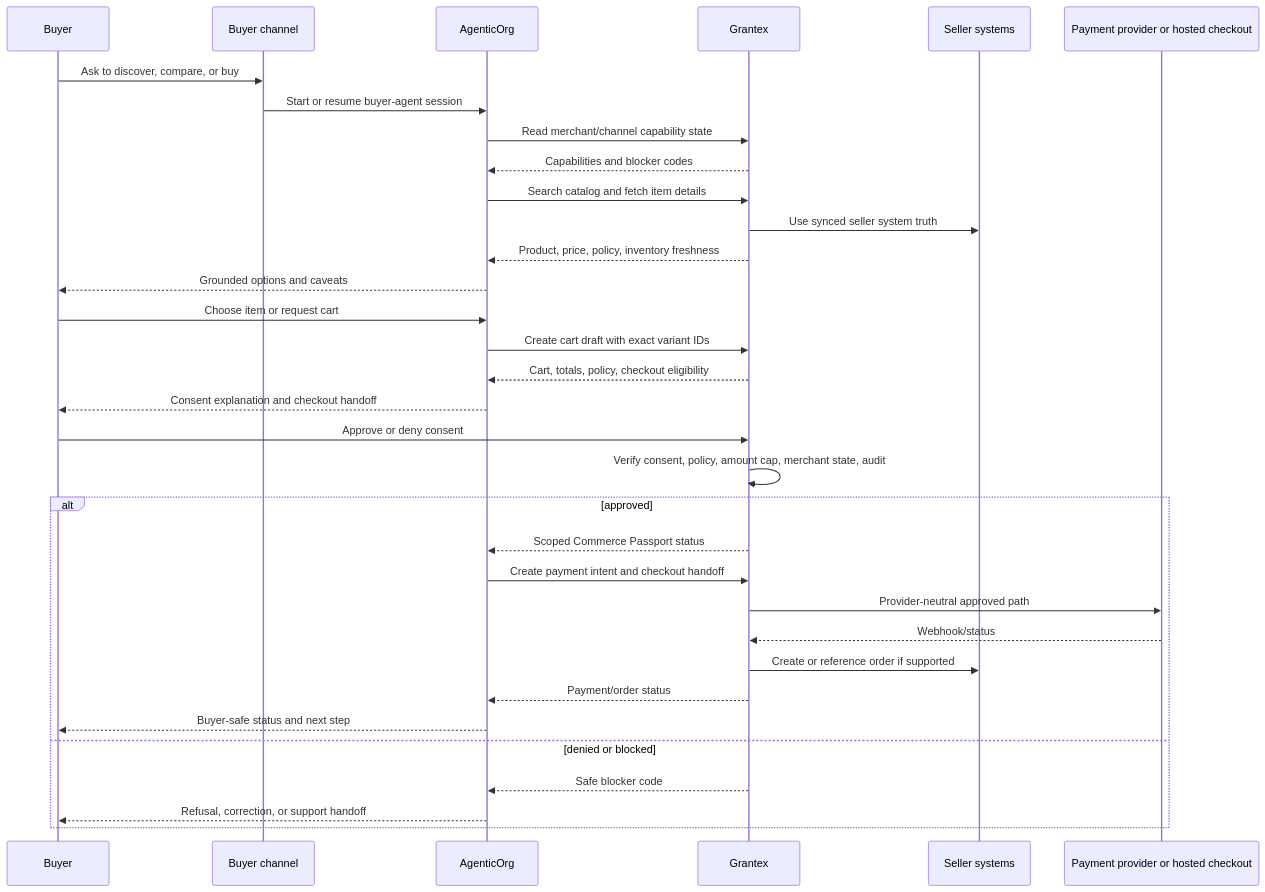
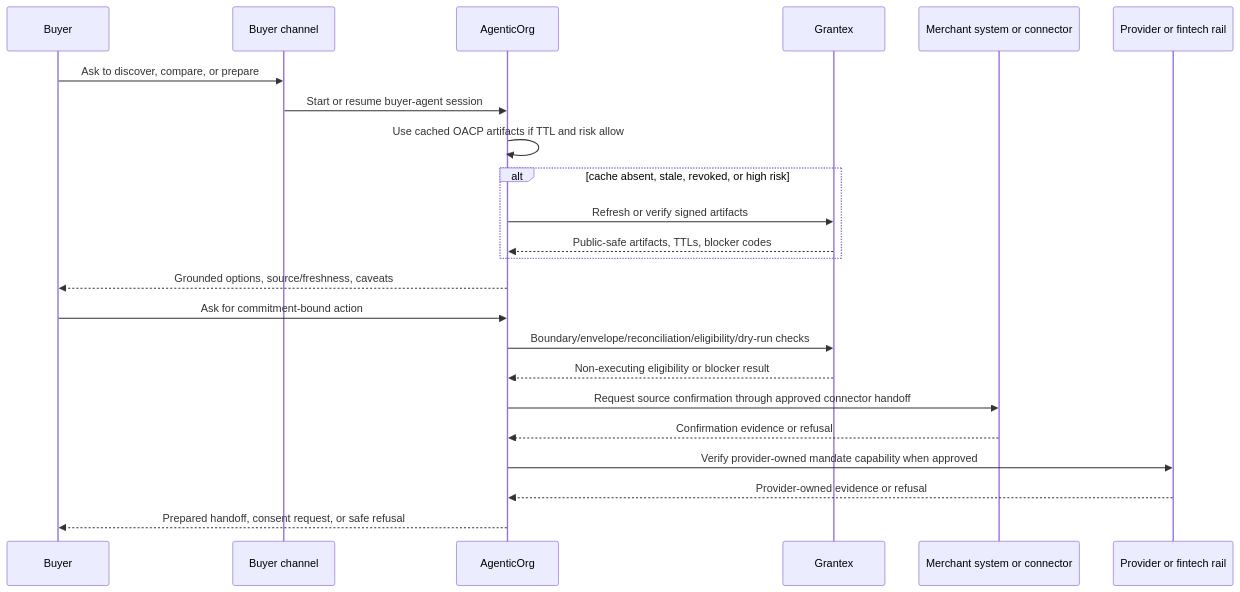
One commit to mishrasanjeev/grantex changed the second of 2 diagrams in docs/guides/commerce-v1-agentic-commerce-prd.md. Above: the diagram before and after it, drawn with Mermaid. The commit also changed other lines of this file and 4 other files, not shown here.

Commit message:
docs(commerce): update OACP PRD and content plan

````diff
--- a/docs/guides/commerce-v1-agentic-commerce-prd.md
+++ b/docs/guides/commerce-v1-agentic-commerce-prd.md
@@ -233,36 +282,26 @@
 ```mermaid
 sequenceDiagram
   participant B as Buyer
   participant C as Buyer channel
   participant A as AgenticOrg
   participant G as Grantex
-  participant S as Seller systems
-  participant P as Payment provider or hosted checkout
+  participant S as Merchant system or connector
+  participant P as Provider or fintech rail
 
-  B->>C: Ask to discover, compare, or buy
+  B->>C: Ask to discover, compare, or prepare
   C->>A: Start or resume buyer-agent session
-  A->>G: Read merchant/channel capability state
-  G-->>A: Capabilities and blocker codes
-  A->>G: Search catalog and fetch item details
-  G->>S: Use synced seller system truth
-  G-->>A: Product, price, policy, inventory freshness
-  A-->>B: Grounded options and caveats
-  B->>A: Choose item or request cart
-  A->>G: Create cart draft with exact variant IDs
-  G-->>A: Cart, totals, policy, checkout eligibility
-  A-->>B: Consent explanation and checkout handoff
-  B->>G: Approve or deny consent
-  G->>G: Verify consent, policy, amount cap, merchant state, audit
-  alt approved
-    G-->>A: Scoped Commerce Passport status
-    A->>G: Create payment intent and checkout handoff
-    G->>P: Provider-neutral approved path
-    P-->>G: Webhook/status
-    G->>S: Create or reference order if supported
-    G-->>A: Payment/order status
-    A-->>B: Buyer-safe status and next step
-  else denied or blocked
-    G-->>A: Safe blocker code
-    A-->>B: Refusal, correction, or support handoff
+  A->>A: Use cached OACP artifacts if TTL and risk allow
+  alt cache absent, stale, revoked, or high risk
+    A->>G: Refresh or verify signed artifacts
+    G-->>A: Public-safe artifacts, TTLs, blocker codes
   end
+  A-->>B: Grounded options, source/freshness, caveats
+  B->>A: Ask for commitment-bound action
+  A->>G: Boundary/envelope/reconciliation/eligibility/dry-run checks
+  G-->>A: Non-executing eligibility or blocker result
+  A->>S: Request source confirmation through approved connector handoff
+  S-->>A: Confirmation evidence or refusal
+  A->>P: Verify provider-owned mandate capability when approved
+  P-->>A: Provider-owned evidence or refusal
+  A-->>B: Prepared handoff, consent request, or safe refusal
 ```
````
